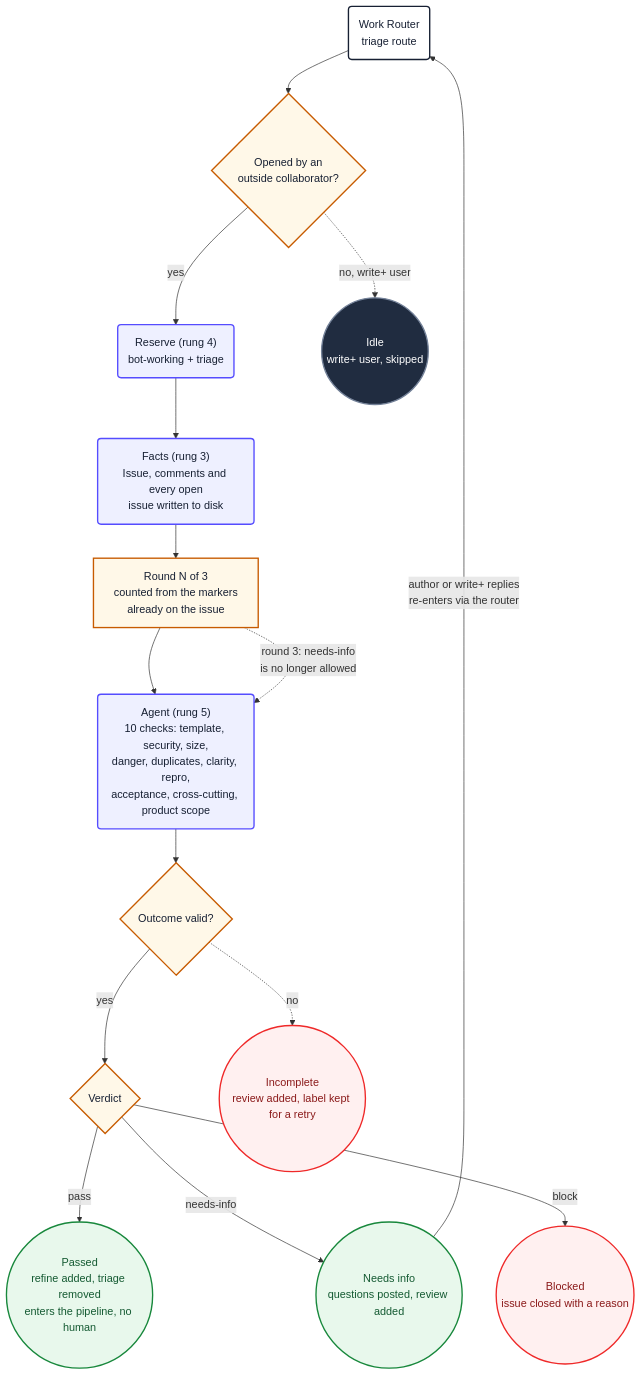
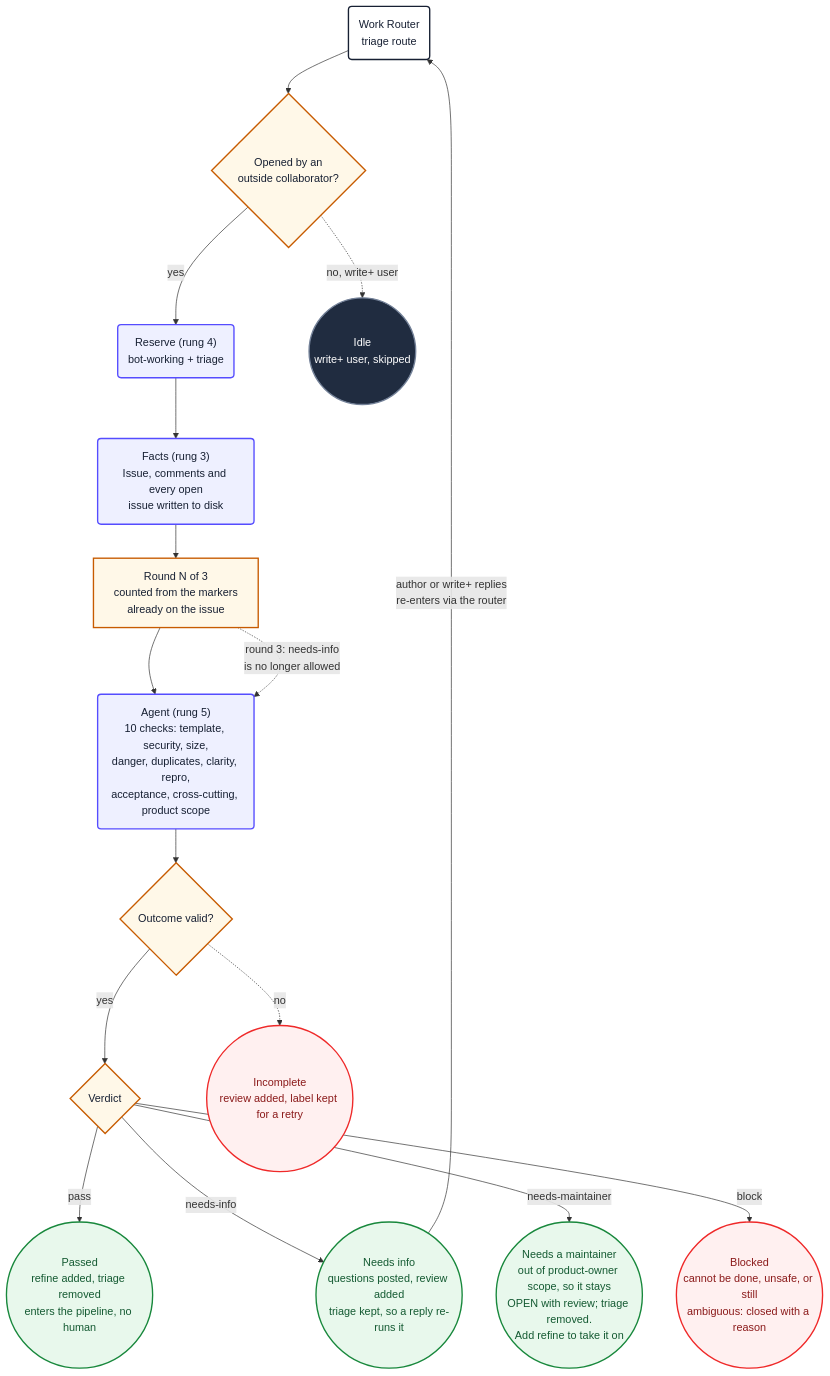
One commit to PlainConceptsPlatform/agentic-workflows changed the third of 9 diagrams in docs/diagrams.md. Above: the diagram before and after it, drawn with Mermaid. The commit also changed other lines of this file and 9 other files, not shown here.

````diff
--- a/docs/diagrams.md
+++ b/docs/diagrams.md
@@ -117,35 +122,37 @@
 ```mermaid
 flowchart TD
     triStart("Work Router<br/>triage route") --> triPick
     triPick{"Opened by an<br/>outside collaborator?"} -->|yes| triReserve
     triPick -.->|"no, write+ user"| triIdle
     triReserve("Reserve (rung 4)<br/>bot-working + triage") --> triFacts
     triFacts("Facts (rung 3)<br/>Issue, comments and every open<br/>issue written to disk") --> triRound
     triRound["Round N of 3<br/>counted from the markers<br/>already on the issue"] --> triAgent
     triAgent("Agent (rung 5)<br/>10 checks: template, security, size,<br/>danger, duplicates, clarity, repro,<br/>acceptance, cross-cutting, product scope") --> triValidate
     triValidate{"Outcome valid?"} -->|yes| triOutcome
     triValidate -.->|no| triIncomplete
     triOutcome{"Verdict"} -->|pass| triPass
     triOutcome -->|needs-info| triReview
+    triOutcome -->|needs-maintainer| triMaintainer
     triOutcome -->|block| triBlocked
     triRound -.->|"round 3: needs-info<br/>is no longer allowed"| triAgent
     triPass(("Passed<br/>refine added, triage removed<br/>enters the pipeline, no human"))
-    triReview(("Needs info<br/>questions posted, review added"))
+    triReview(("Needs info<br/>questions posted, review added<br/>triage kept, so a reply re-runs it"))
     triReview -->|"author or write+ replies<br/>re-enters via the router"| triStart
-    triBlocked(("Blocked<br/>issue closed with a reason"))
+    triMaintainer(("Needs a maintainer<br/>out of product-owner scope, so it stays<br/>OPEN with review; triage removed.<br/>Add refine to take it on"))
+    triBlocked(("Blocked<br/>cannot be done, unsafe, or still<br/>ambiguous: closed with a reason"))
     triIdle(("Idle<br/>write+ user, skipped"))
     triIncomplete(("Incomplete<br/>review added, label kept for a retry"))
 
     classDef start fill:#ffffff,stroke:#172033,stroke-width:2px,color:#172033
     classDef action fill:#eef0ff,stroke:#554cff,stroke-width:2px,color:#172033
     classDef decision fill:#fff8e8,stroke:#c75b00,stroke-width:2px,color:#172033
     classDef idle fill:#202c40,stroke:#738198,stroke-width:2px,color:#ffffff
     classDef failure fill:#fff0f0,stroke:#ef2929,stroke-width:2px,color:#8b1a1a
     classDef success fill:#e8f8ec,stroke:#18883c,stroke-width:2px,color:#145a32
     class triStart start
     class triReserve,triFacts,triAgent action
     class triPick,triRound,triValidate,triOutcome decision
     class triIdle idle
     class triIncomplete,triBlocked failure
-    class triPass,triReview success
+    class triPass,triReview,triMaintainer success
 ```
````
